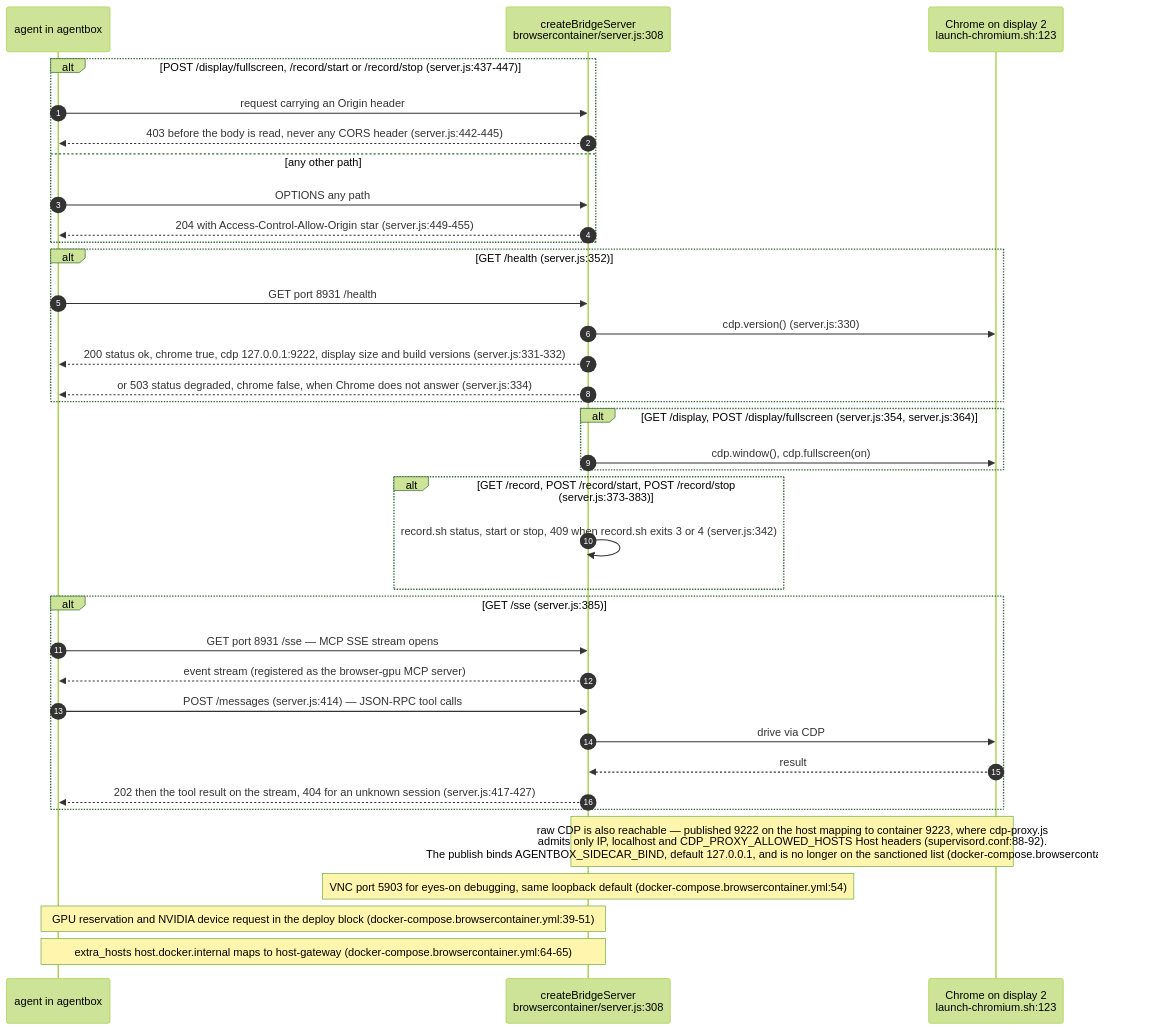
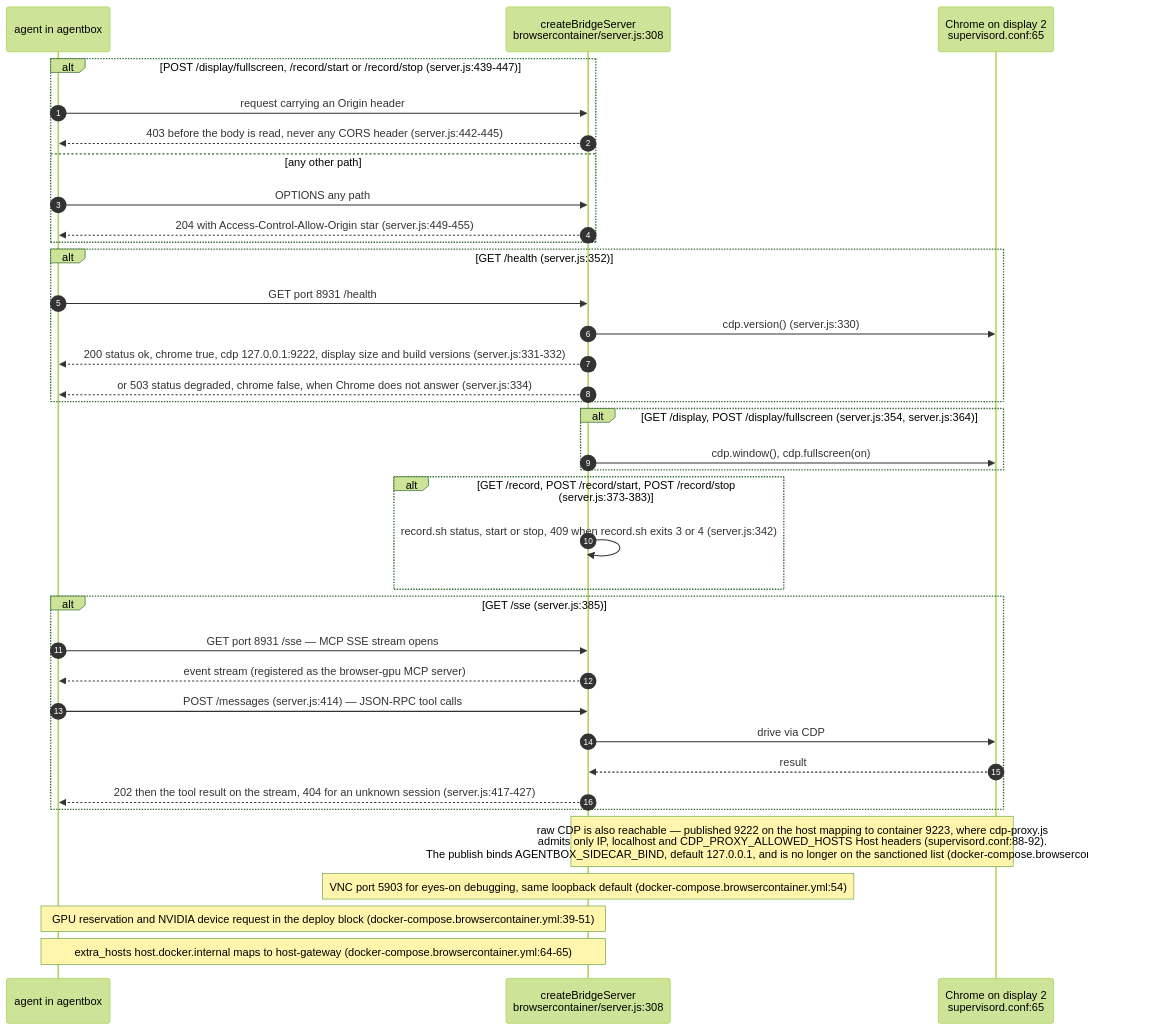
One commit to DreamLab-AI/VisionFlow changed the fourth of 14 diagrams in docs/diagrams/agentbox/06-sidecars-and-compose-overlays.md. Above: the diagram before and after it, drawn with Mermaid (forest theme).

Commit message:
diagrams(agentbox): fix AB-06.4 display and Origin-refusal citations
Chrome's display :2 is set by browsercontainer/supervisord.conf:65, not
launch-chromium.sh:123 (window size). The protected-path Origin refusal
starts at server.js:439, not :437.

````diff
--- a/docs/diagrams/agentbox/06-sidecars-and-compose-overlays.md
+++ b/docs/diagrams/agentbox/06-sidecars-and-compose-overlays.md
@@ -134,39 +134,39 @@
 ```mermaid
 sequenceDiagram
     autonumber
     participant A as agent in agentbox
     participant S as createBridgeServer<br/>browsercontainer/server.js:308
-    participant CH as Chrome on display 2<br/>launch-chromium.sh:123
+    participant CH as Chrome on display 2<br/>supervisord.conf:65
 
-    alt POST /display/fullscreen, /record/start or /record/stop (server.js:437-447)
+    alt POST /display/fullscreen, /record/start or /record/stop (server.js:439-447)
         A->>S: request carrying an Origin header
         S-->>A: 403 before the body is read, never any CORS header (server.js:442-445)
     else any other path
         A->>S: OPTIONS any path
         S-->>A: 204 with Access-Control-Allow-Origin star (server.js:449-455)
     end
     alt GET /health (server.js:352)
         A->>S: GET port 8931 /health
         S->>CH: cdp.version() (server.js:330)
         S-->>A: 200 status ok, chrome true, cdp 127.0.0.1:9222, display size and build versions (server.js:331-332)
         S-->>A: or 503 status degraded, chrome false, when Chrome does not answer (server.js:334)
     end
     alt GET /display, POST /display/fullscreen (server.js:354, server.js:364)
         S->>CH: cdp.window(), cdp.fullscreen(on)
     end
     alt GET /record, POST /record/start, POST /record/stop (server.js:373-383)
         S->>S: record.sh status, start or stop, 409 when record.sh exits 3 or 4 (server.js:342)
     end
     alt GET /sse (server.js:385)
         A->>S: GET port 8931 /sse — MCP SSE stream opens
         S-->>A: event stream (registered as the browser-gpu MCP server)
         A->>S: POST /messages (server.js:414) — JSON-RPC tool calls
         S->>CH: drive via CDP
         CH-->>S: result
         S-->>A: 202 then the tool result on the stream, 404 for an unknown session (server.js:417-427)
     end
     Note over S,CH: raw CDP is also reachable — published 9222 on the host mapping to container 9223, where cdp-proxy.js<br/>admits only IP, localhost and CDP_PROXY_ALLOWED_HOSTS Host headers (supervisord.conf:88-92).<br/>The publish binds AGENTBOX_SIDECAR_BIND, default 127.0.0.1, and is no longer on the sanctioned list (docker-compose.browsercontainer.yml:60)
     Note over S: VNC port 5903 for eyes-on debugging, same loopback default (docker-compose.browsercontainer.yml:54)
     Note over A,S: GPU reservation and NVIDIA device request in the deploy block (docker-compose.browsercontainer.yml:39-51)
     Note over A,S: extra_hosts host.docker.internal maps to host-gateway (docker-compose.browsercontainer.yml:64-65)
 ```
````
